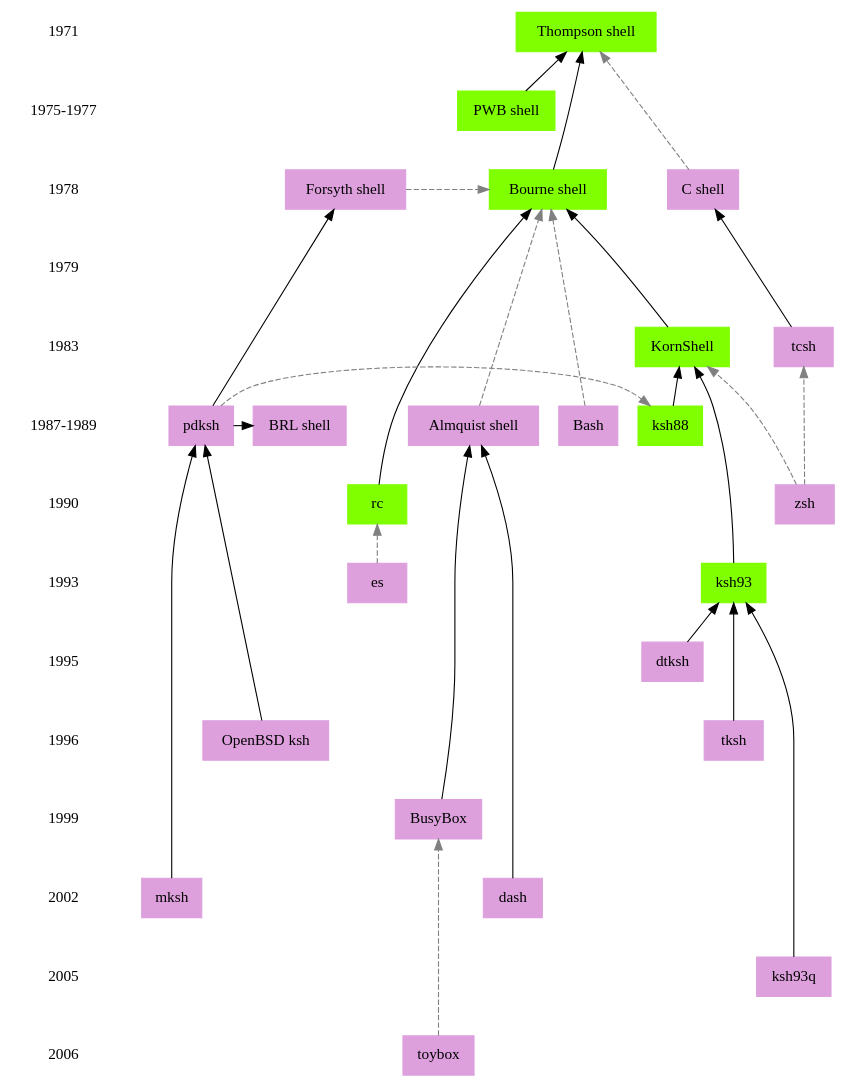
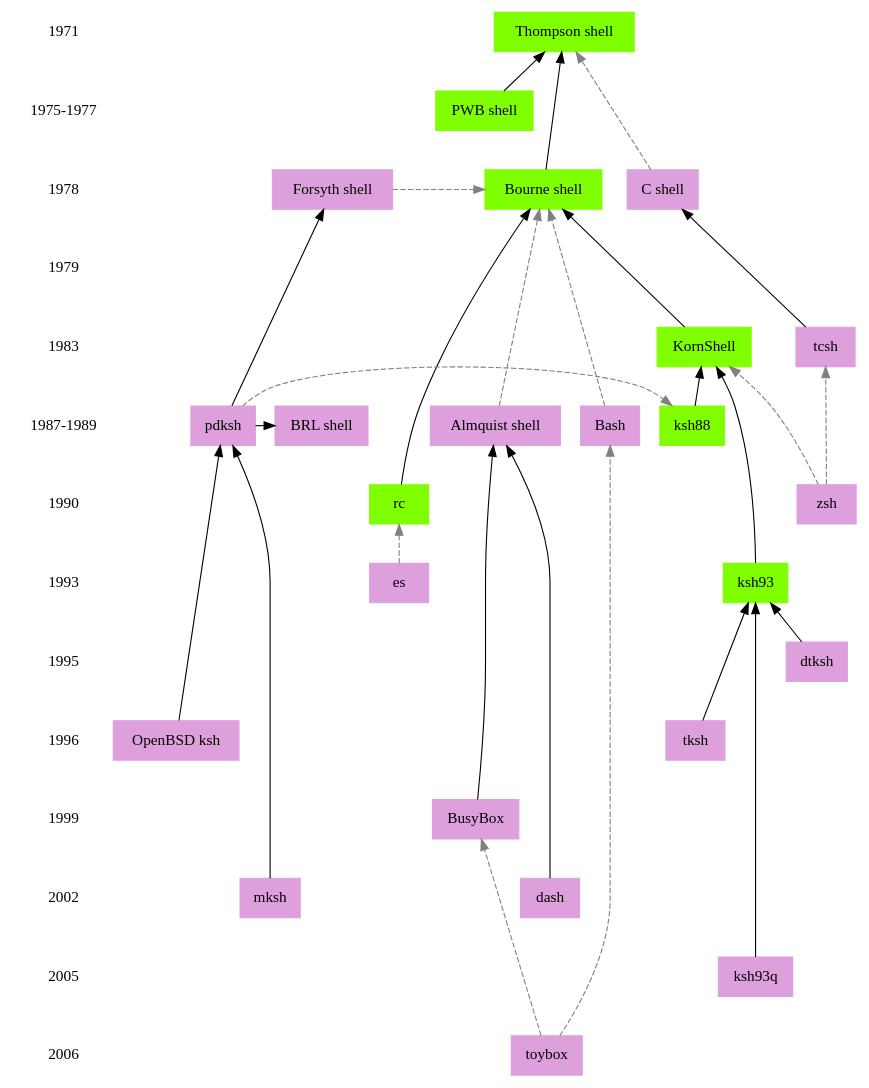
One commit to marcpaq/shellancestry changed the diagram in shellancestry.gv. Above: the diagram before and after it, drawn with Graphviz. The commit also changed 4 other files, not shown here.

```diff
--- a/shellancestry.gv
+++ b/shellancestry.gv
@@ -1,115 +1,116 @@
 digraph shells {
 
 {
         edge [ style = invis; ]
         node [ shape = plaintext; ]
         1971 -> "1975-1977" -> 1978 -> 1979 -> 1983 -> "1987-1989" -> 1990 -> 1993 -> 1995 -> 1996 ->1999 -> 2002 -> 2005 -> 2006;
 }
 
 edge [ style = solid; ]
 node [ shape = box; ]
 
 /*
 
 Proprietary licenses
 
 */
 node [ style=filled, color=chartreuse ];
 
 { rank = same; 1971; "Thompson shell"; }
 
 { rank = same; "1975-1977"; "PWB shell"; }
 
 { rank = same; 1978; "Bourne shell"; }
 
 { rank = same; "1990" ; rc; }
 
 { rank = same; 1983; "KornShell"; }
 
 { rank = same; "1987-1989"; "ksh88"; }
 
 { rank = same; 1993; "ksh93"; }
 
 /*
 
 Open, free, public licenses
 
 */
 node [ style=filled, color=plum ];
 
 { rank = same; 1978; "C shell"; }
 
 { rank = same; "1987-1989"; "BRL shell"; }
 
 { rank = same; 1978; "Forsyth shell"; }
 
 { rank = same; 1983; tcsh; }
 
 { rank = same; "1987-1989"; "Almquist shell"; }
 
 { rank = same; 2005; "ksh93q"; }
 
 { rank = same; 2002; dash; }
 
 { rank = same; "1987-1989"; pdksh; }
 
 { rank = same; "1987-1989"; Bash; }
 
 { rank = same; 1993; es; }
 
 { rank = same; 1990; zsh; }
 
 { rank = same; 1995; dtksh; }
 
 { rank = same; 1996; tksh; }
 
 { rank = same; 1999; BusyBox; }
 
 { rank = same; 2002; mksh; }
 
 { rank = same; 2006; toybox; }
 
 { rank = same; 1996; "OpenBSD ksh"; }
 
 /*
 
 Uses source code from
 
 */
 edge [ style = solid; color = black; ];
 
 "Bourne shell" -> "Thompson shell";
 "BusyBox" -> "Almquist shell";
 "KornShell" -> "Bourne shell";
 "OpenBSD ksh" -> "pdksh";
 "PWB shell" -> "Thompson shell";
 "dash" -> "Almquist shell";
 "dtksh" -> "ksh93";
 "ksh88" -> "KornShell";
 "ksh93" -> "KornShell";
 "ksh93q" -> "ksh93";
 "mksh" -> "pdksh";
 "pdksh" -> "BRL shell";
 "pdksh" -> "Forsyth shell";
 "rc" -> "Bourne shell";
 "tcsh" -> "C shell";
 "tksh" -> "ksh93";
 
 /*
 
 Influenced by/clean reimplementation of
 
 */
 edge [ style = dashed; color = grey; ];
 
 "pdksh" -> ksh88;
 "zsh" -> KornShell;
 "zsh" -> tcsh;
 "Forsyth shell" -> "Bourne shell" ;
 "Bash" -> "Bourne shell";
 "Almquist shell" -> "Bourne shell";
 "C shell" -> "Thompson shell";
 "es" -> "rc";
-"toybox" -> BusyBox;
+"toybox" -> "BusyBox";
+"toybox" -> "Bash"
 
 }
```
